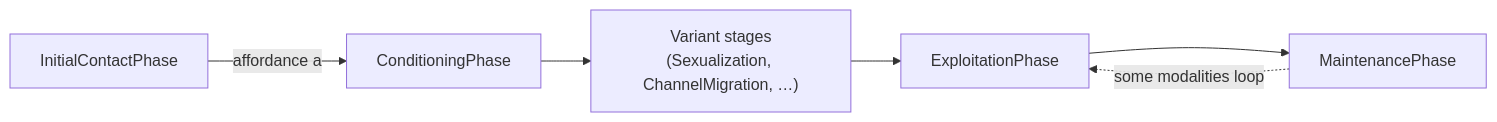
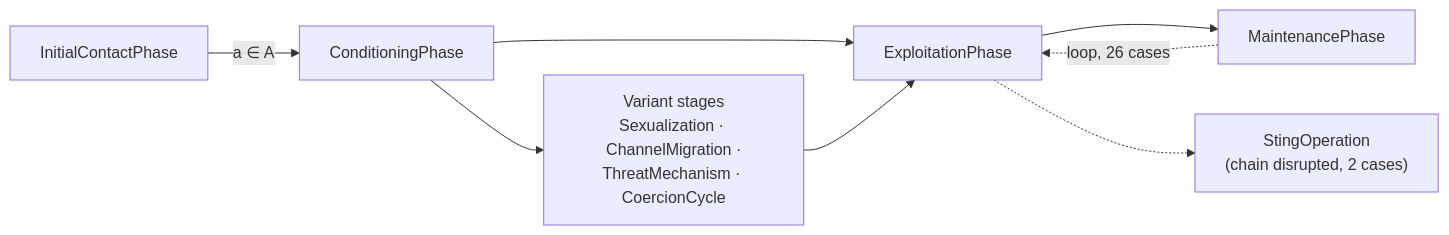
One commit to mrinaalr/CaseLinker changed the first of 2 diagrams in state_machines/README.md. Above: the diagram before and after it, drawn with Mermaid. The commit also changed other lines of this file and 36 other files, not shown here.

````diff
--- a/state_machines/README.md
+++ b/state_machines/README.md
@@ -38,14 +115,17 @@
 ```mermaid
 flowchart LR
   s0["InitialContactPhase"]
   cond["ConditioningPhase"]
-  var["Variant stages<br/>(Sexualization, ChannelMigration, …)"]
+  var["Variant stages<br/>Sexualization · ChannelMigration ·<br/>ThreatMechanism · CoercionCycle"]
   expl["ExploitationPhase"]
   maint["MaintenancePhase"]
+  sting["StingOperation<br/>(chain disrupted, 2 cases)"]
 
-  s0 -->|"affordance a"| cond
+  s0 -->|"a ∈ A"| cond
   cond --> var
+  cond --> expl
   var --> expl
   expl --> maint
-  maint -.->|"some modalities loop"| expl
+  maint -.->|"loop, 26 cases"| expl
+  expl -.-> sting
 ```
````
